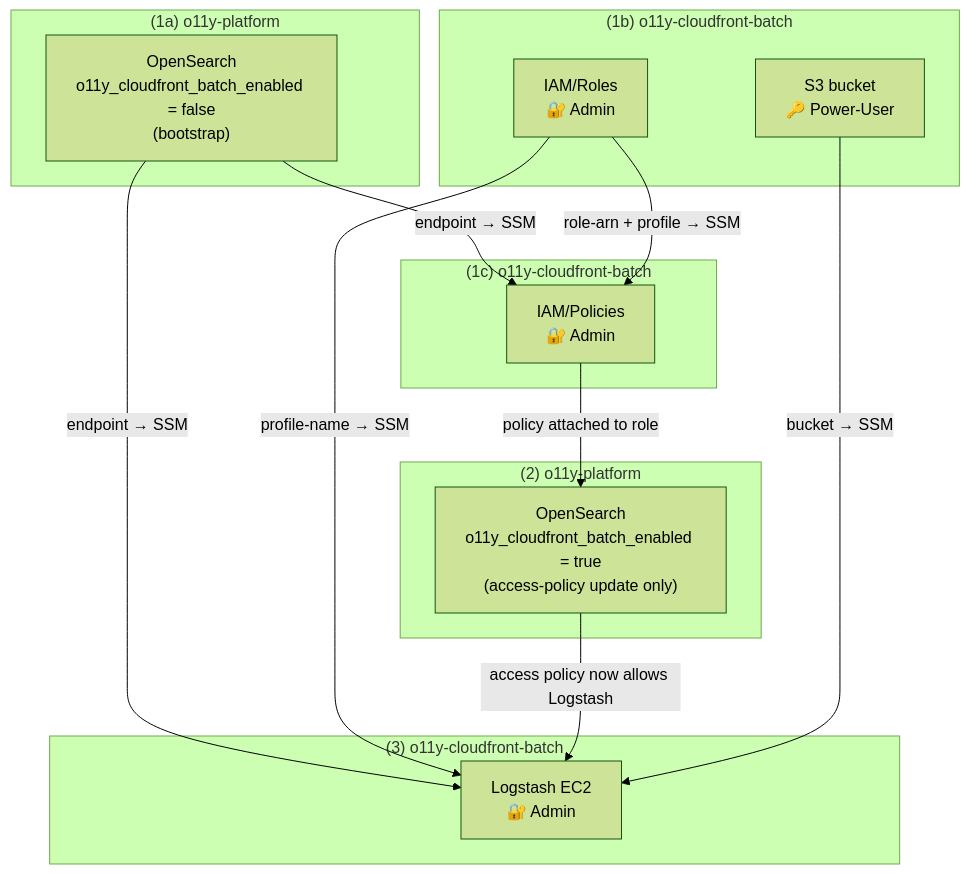
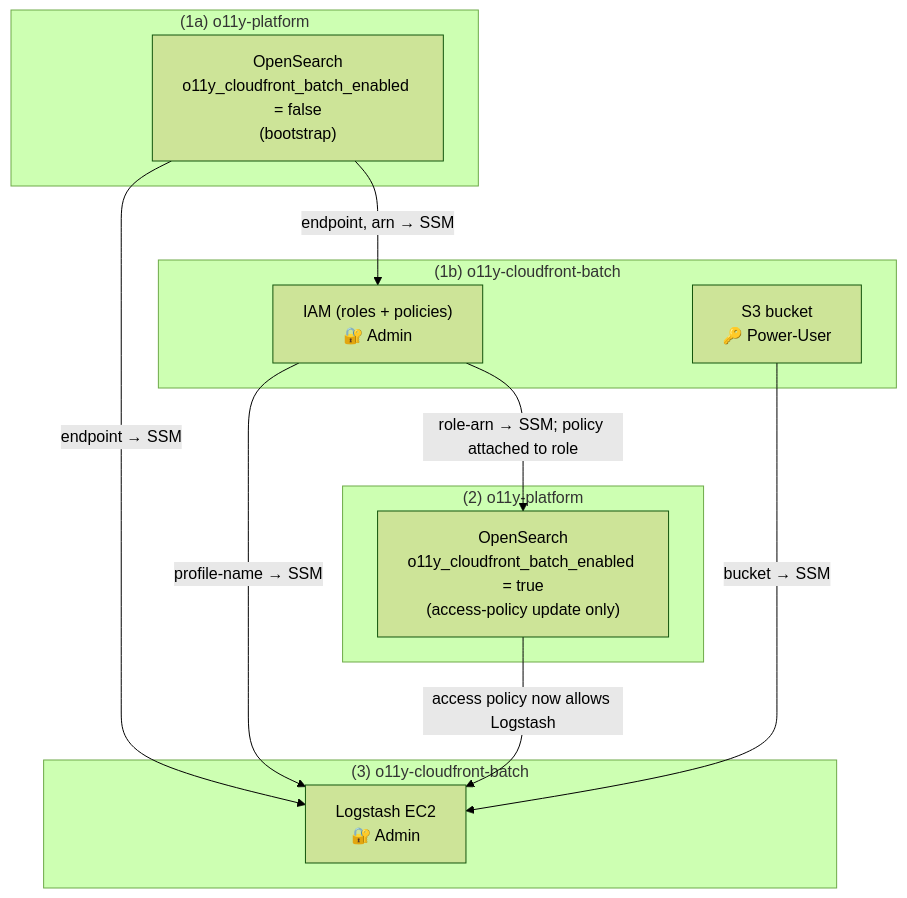
Before and after one commit to NASA-PDS/o11y-cloudfront-batch: the diagram in terraform/README.md, drawn with Mermaid (forest theme). The commit also changed other lines of this file and 37 other files, not shown here.

First line of the commit message:
refactor: combine iam/roles and iam/policies into a single iam module

````diff
--- a/terraform/README.md
+++ b/terraform/README.md
@@ -24,31 +23,26 @@
 ```mermaid
 flowchart TD
     subgraph ext["(1a) o11y-platform"]
         OS["OpenSearch\no11y_cloudfront_batch_enabled = false\n(bootstrap)"]
     end
 
     subgraph phase1["(1b) o11y-cloudfront-batch"]
-        IAMR["IAM/Roles\n🔐 Admin"]
+        IAM["IAM (roles + policies)\n🔐 Admin"]
         S3["S3 bucket\n🔑 Power-User"]
-    end
-
-    subgraph phase1b["(1c) o11y-cloudfront-batch"]
-        IAMP["IAM/Policies\n🔐 Admin"]
     end
 
     subgraph ext2["(2) o11y-platform"]
         OS2["OpenSearch\no11y_cloudfront_batch_enabled = true\n(access-policy update only)"]
     end
 
     subgraph phase2["(3) o11y-cloudfront-batch"]
         LS["Logstash EC2\n🔐 Admin"]
     end
 
-    OS -->|"endpoint → SSM"| IAMP
+    OS -->|"endpoint, arn → SSM"| IAM
     OS -->|"endpoint → SSM"| LS
-    IAMR -->|"role-arn + profile → SSM"| IAMP
-    IAMR -->|"profile-name → SSM"| LS
-    IAMP -->|"policy attached to role"| OS2
+    IAM -->|"profile-name → SSM"| LS
+    IAM -->|"role-arn → SSM; policy attached to role"| OS2
     OS2 -->|"access policy now allows Logstash"| LS
     S3 -->|"bucket → SSM"| LS
 ```
````
